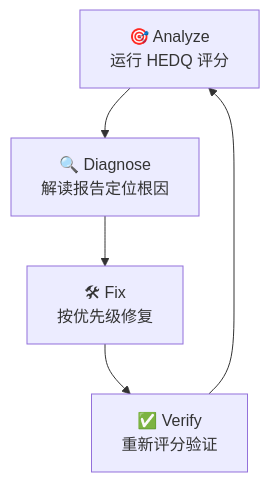
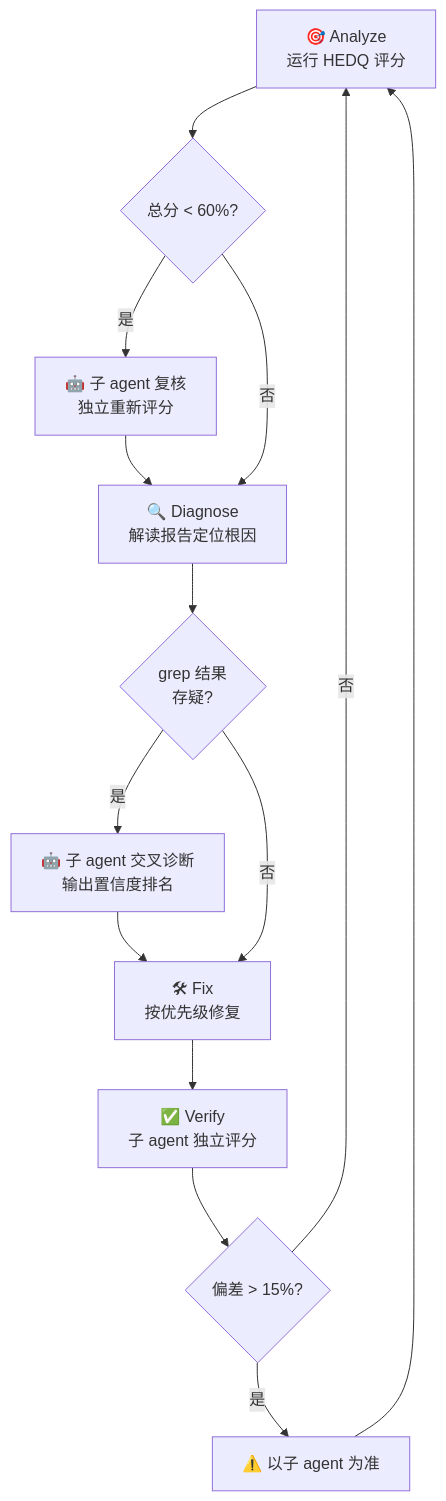
One commit to tonydeng/harness-engineering-from-oc-to-ai-coding changed the diagram in .opencode/skills/hedq-audit/SKILL.md. Above: the diagram before and after it, drawn with Mermaid. The commit also changed other lines of this file, not shown here.

Commit message:
optimize hedq-audit: Dim2/Dim3/Dim5 merged - subagent decision forks in workflow + inline input/output specs + subagent启用量查表

````diff
--- a/.opencode/skills/hedq-audit/SKILL.md
+++ b/.opencode/skills/hedq-audit/SKILL.md
@@ -65,7 +65,16 @@
 ```mermaid
 flowchart TB
-    A["🎯 Analyze<br/>运行 HEDQ 评分"] --> B["🔍 Diagnose<br/>解读报告定位根因"]
-    B --> C["🛠 Fix<br/>按优先级修复"]
-    C --> D["✅ Verify<br/>重新评分验证"]
-    D --> A
+    A["🎯 Analyze<br/>运行 HEDQ 评分"] --> A1{"总分 < 60%?"}
+    A1 -- 是 --> A2["🤖 子 agent 复核<br/>独立重新评分"]
+    A2 --> B["🔍 Diagnose<br/>解读报告定位根因"]
+    A1 -- 否 --> B
+    B --> B1{"grep 结果<br/>存疑?"}
+    B1 -- 是 --> B2["🤖 子 agent 交叉诊断<br/>输出置信度排名"]
+    B2 --> C["🛠 Fix<br/>按优先级修复"]
+    B1 -- 否 --> C
+    C --> D["✅ Verify<br/>子 agent 独立评分"]
+    D --> D1{"偏差 > 15%?"}
+    D1 -- 是 --> D2["⚠️ 以子 agent 为准"]
+    D2 --> A
+    D1 -- 否 --> A
 ```
````
